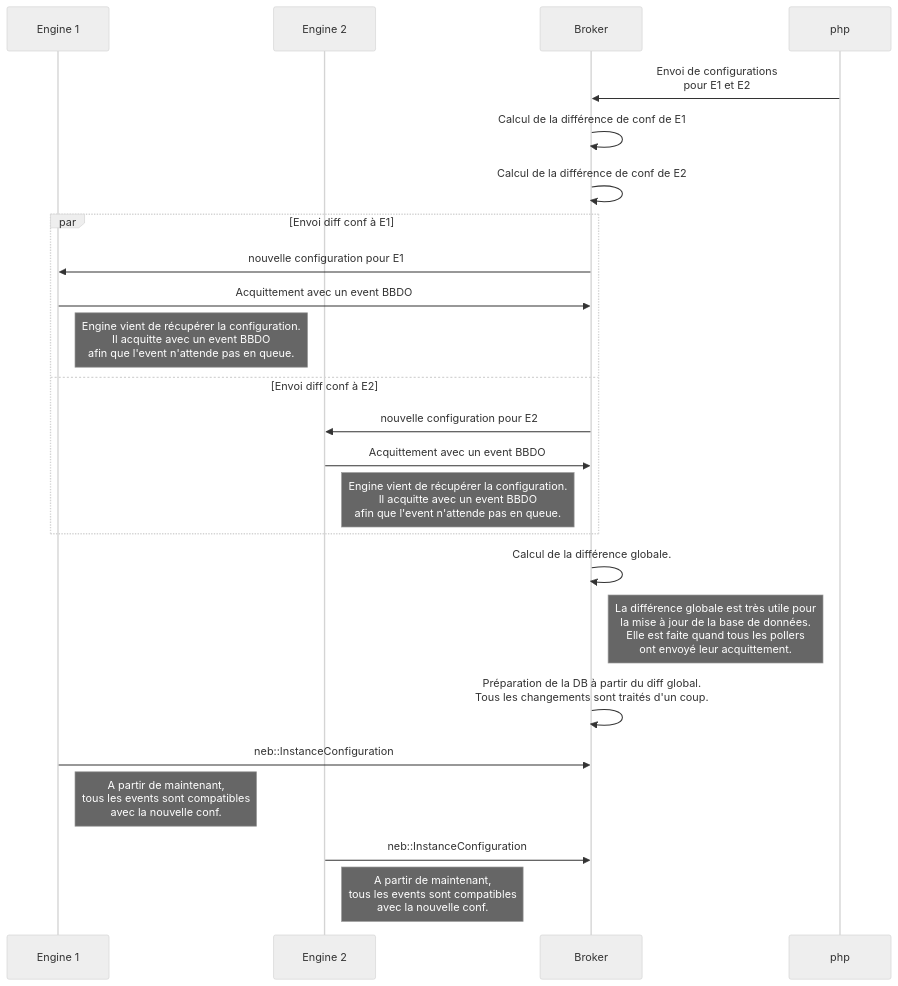
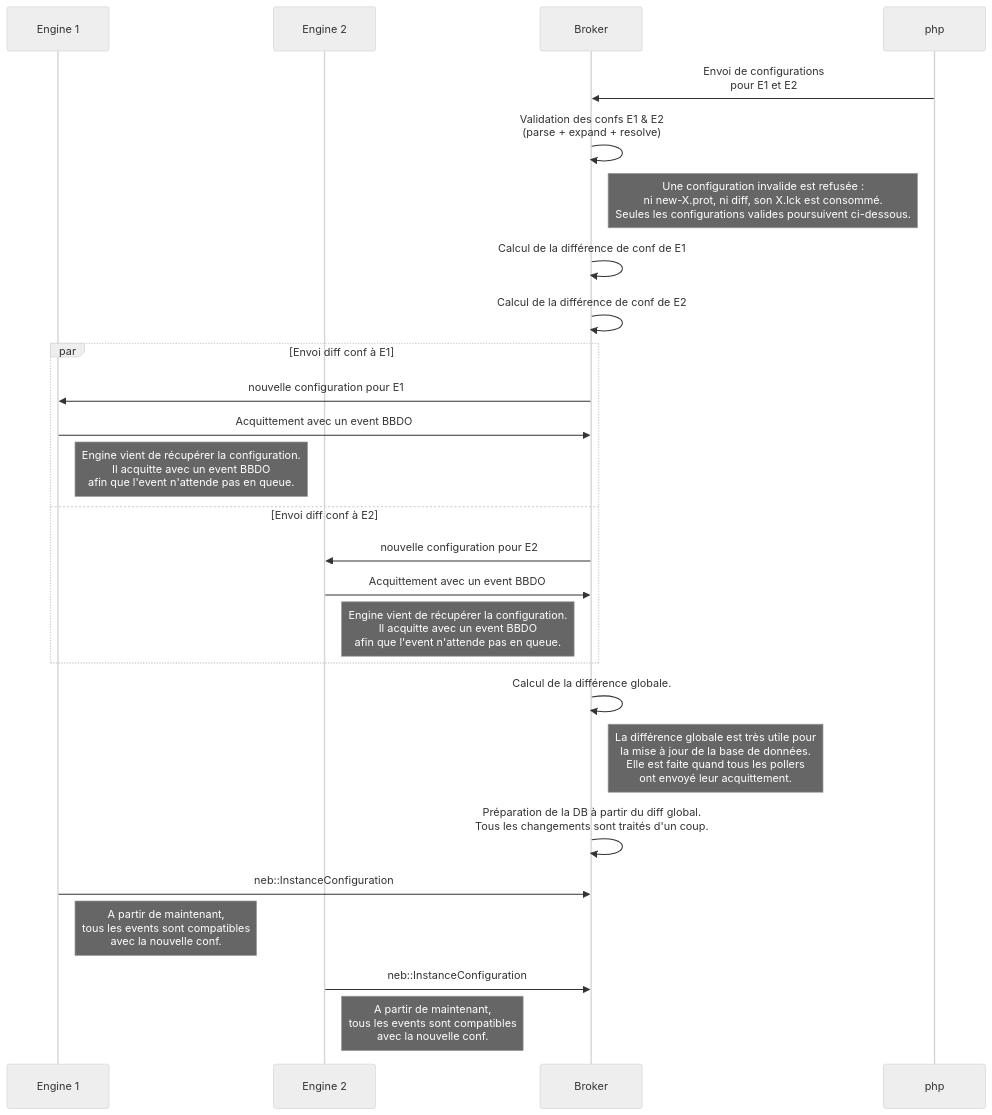
One commit to centreon/centreon-collect changed the seventh of 40 diagrams in doc/nego-engine-broker-fr.md. Above: the diagram before and after it, drawn with Mermaid (neutral theme). The commit also changed other lines of this file and 1 other file, not shown here.

````diff
--- a/doc/nego-engine-broker-fr.md
+++ b/doc/nego-engine-broker-fr.md
@@ -950,26 +1035,28 @@
 ```mermaid
 sequenceDiagram
   participant E1 as Engine 1
   participant E2 as Engine 2
   participant B as Broker
   participant php
   php ->> B: Envoi de configurations<br/>pour E1 et E2
+  B ->> B: Validation des confs E1 & E2<br/>(parse + expand + resolve)
+  Note right of B: Une configuration invalide est refusée :<br/>ni new-X.prot, ni diff, son X.lck est consommé.<br/>Seules les configurations valides poursuivent ci-dessous.
   B ->> B: Calcul de la différence de conf de E1
   B ->> B: Calcul de la différence de conf de E2
   par Envoi diff conf à E1
     B ->> E1: nouvelle configuration pour E1
     E1 ->> B: Acquittement avec un event BBDO
     Note right of E1: Engine vient de récupérer la configuration.<br/> Il acquitte avec un event BBDO<br/>afin que l'event n'attende pas en queue.
   and Envoi diff conf à E2
     B ->> E2: nouvelle configuration pour E2
     E2 ->> B: Acquittement avec un event BBDO
     Note right of E2: Engine vient de récupérer la configuration.<br/> Il acquitte avec un event BBDO<br/>afin que l'event n'attende pas en queue.
   end
   B ->> B: Calcul de la différence globale.
   Note right of B: La différence globale est très utile pour<br/>la mise à jour de la base de données.<br/>Elle est faite quand tous les pollers<br/> ont envoyé leur acquittement.
   B ->> B: Préparation de la DB à partir du diff global.<br/>Tous les changements sont traités d'un coup.
   E1 ->> B: neb::InstanceConfiguration
   Note right of E1: A partir de maintenant,<br/> tous les events sont compatibles<br/> avec la nouvelle conf.
   E2 ->> B: neb::InstanceConfiguration
   Note right of E2: A partir de maintenant,<br/> tous les events sont compatibles<br/> avec la nouvelle conf.
 ```
````
